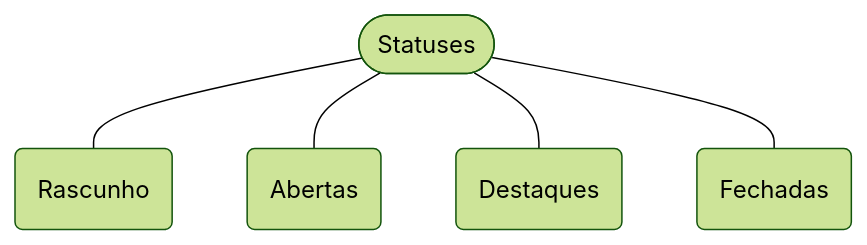
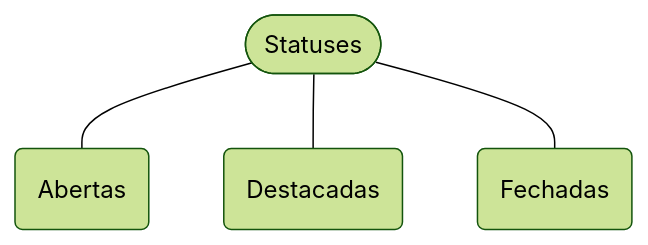
The first of 10 diagrams in docs/extraDocs/content-modelling.md (AppCivico/gov-tech__ma), drawn with Mermaid (forest theme) before and after one commit. The commit also changed other lines of this file and 9 other files, not shown here.

````diff
--- a/docs/extraDocs/content-modelling.md
+++ b/docs/extraDocs/content-modelling.md
@@ -22,8 +21,7 @@
 ```{.mermaid theme=dark background=transparent}
 graph TB
     A([Statuses])
-    A --- B(Rascunho)
     A --- C(Abertas)
-    A --- D(Destaques)
+    A --- D(Destacadas)
     A --- E(Fechadas)
 ```
````
